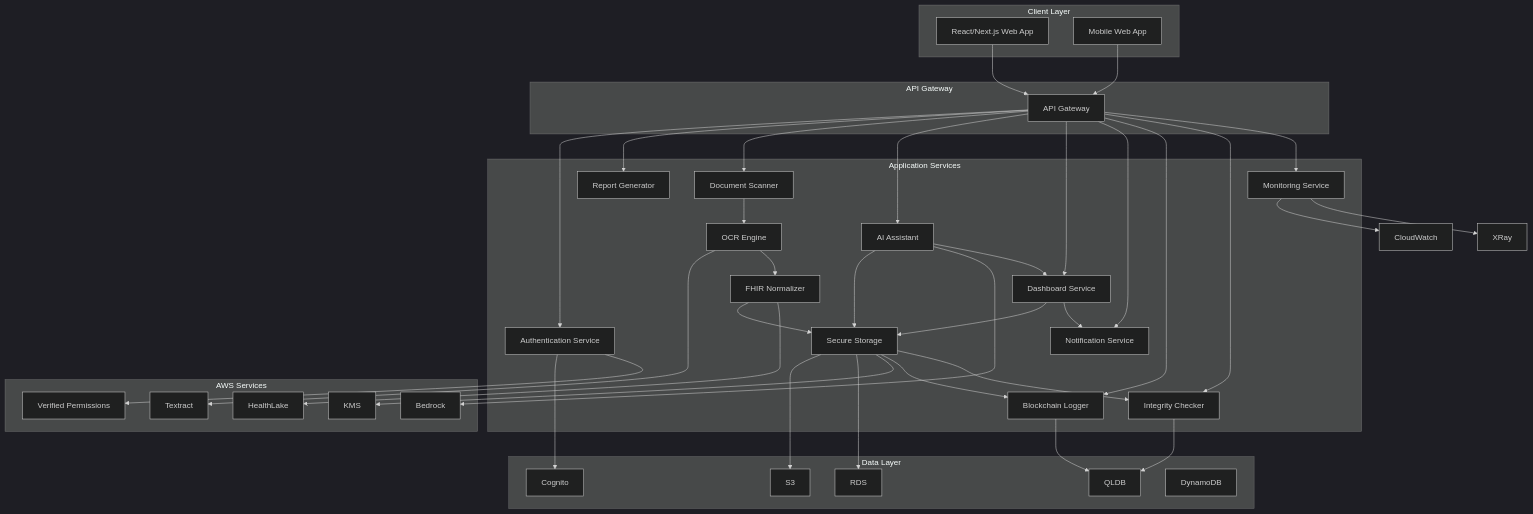
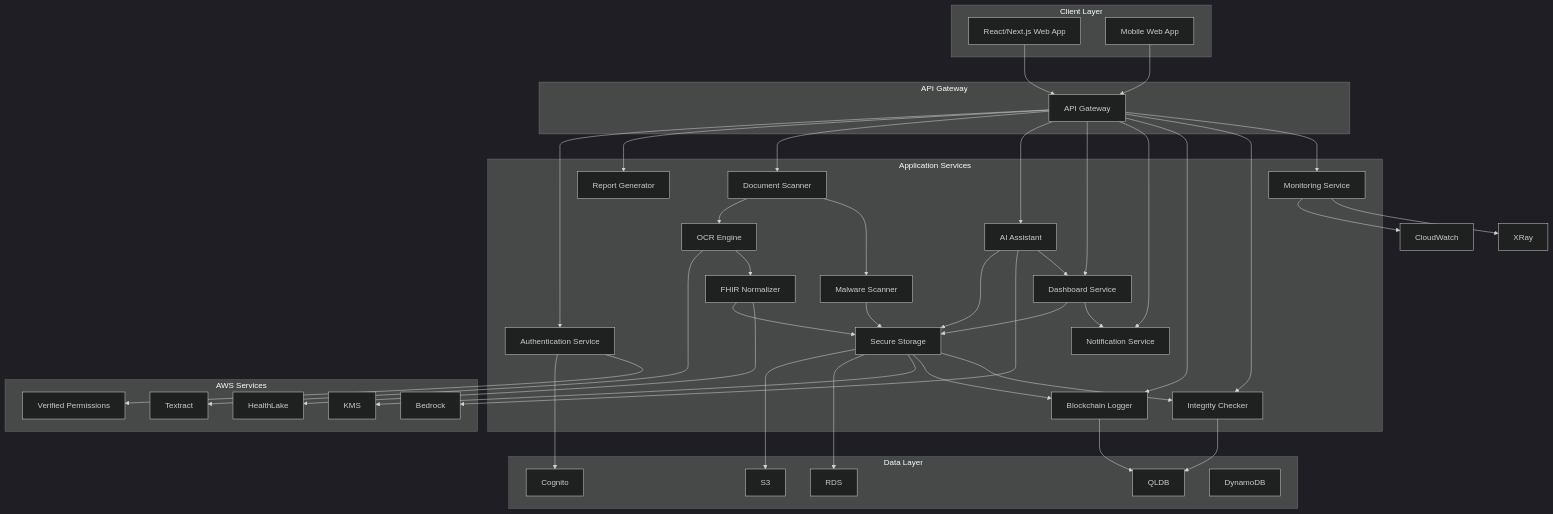
Before and after one commit to AdityaJ9801/Medi-Vault-Health-Platform: the diagram in design.md, drawn with Mermaid (dark theme). The commit also changed other lines of this file and 1 other file, not shown here.

```diff
--- a/design.md
+++ b/design.md
@@ -37,6 +37,7 @@
         Blockchain[Blockchain Logger]
         Integrity[Integrity Checker]
         Monitoring[Monitoring Service]
+        MalwareScan[Malware Scanner]
     end
 
     subgraph "Data Layer"
@@ -71,6 +72,8 @@
     Auth --> VerifiedPermissions
 
     Scanner --> OCR
+    Scanner --> MalwareScan
+    MalwareScan --> Storage
     OCR --> Textract
     OCR --> FHIRNorm
     FHIRNorm --> Storage
```
